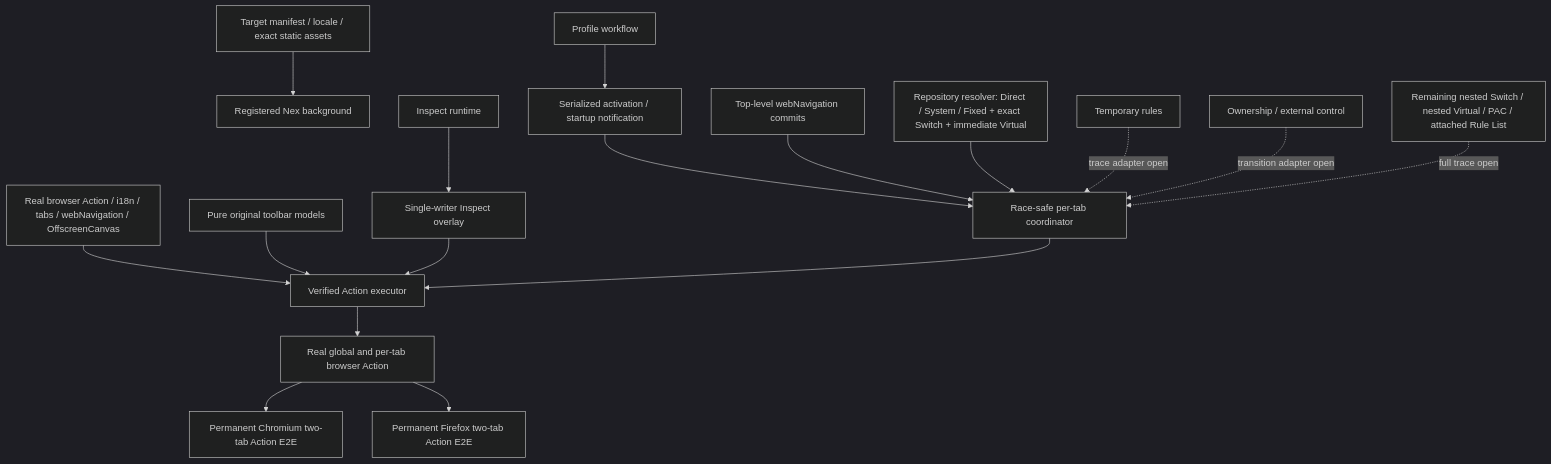
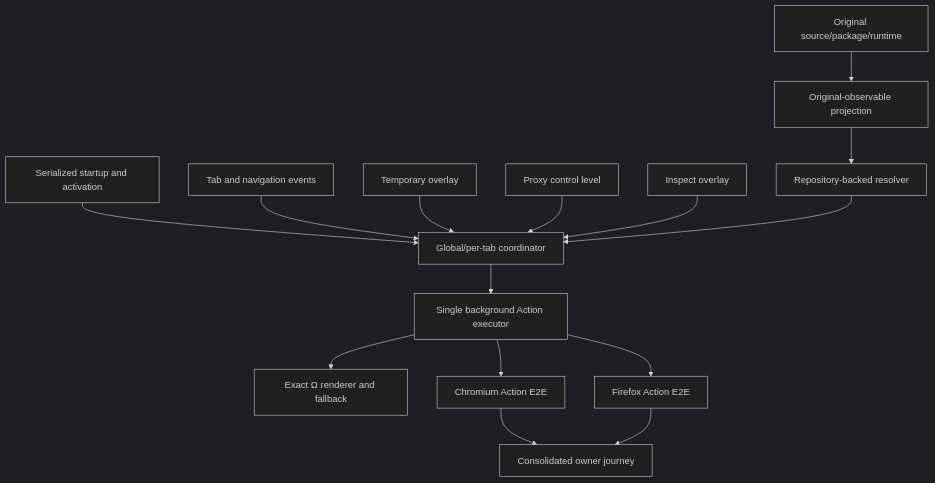
The diagram in docs/DELIVERY_ORDER_01_TOOLBAR_STATE.md (ChriX-Goh/ZeroOmega-Nex), drawn with Mermaid (dark theme) before and after one commit. The commit also changed other lines of this file, not shown here.

Commit message:
docs: synchronize and seal Order 1 toolbar scope

````diff
--- a/docs/DELIVERY_ORDER_01_TOOLBAR_STATE.md
+++ b/docs/DELIVERY_ORDER_01_TOOLBAR_STATE.md
@@ -149,19 +67,17 @@
 ```mermaid
 graph TD
-  M[Target manifest / locale / exact static assets] --> B[Registered Nex background]
-  API[Real browser Action / i18n / tabs / webNavigation / OffscreenCanvas] --> EXEC[Verified Action executor]
-  PURE[Pure original toolbar models] --> EXEC
-  WF[Profile workflow] --> NOTICE[Serialized activation / startup notification]
-  NOTICE --> COORD[Race-safe per-tab coordinator]
-  NAV[Top-level webNavigation commits] --> COORD
-  RES[Repository resolver: Direct / System / Fixed + exact Switch + immediate Virtual] --> COORD
-  INSPECT[Inspect runtime] --> OVERLAY[Single-writer Inspect overlay]
-  OVERLAY --> EXEC
-  COORD --> EXEC
-  EXEC --> ACTION[Real global and per-tab browser Action]
-  ACTION --> CHROME[Permanent Chromium two-tab Action E2E]
-  ACTION --> FIREFOX[Permanent Firefox two-tab Action E2E]
-  TEMP[Temporary rules] -. trace adapter open .-> COORD
-  OWN[Ownership / external control] -. transition adapter open .-> COORD
-  INCLUSIVE[Remaining nested Switch / nested Virtual / PAC / attached Rule List] -. full trace open .-> COORD
+  SRC[Original source/package/runtime] --> TRACE[Original-observable projection]
+  TRACE --> RES[Repository-backed resolver]
+  WF[Serialized startup and activation] --> COORD[Global/per-tab coordinator]
+  NAV[Tab and navigation events] --> COORD
+  TEMP[Temporary overlay] --> COORD
+  OWN[Proxy control level] --> COORD
+  INSPECT[Inspect overlay] --> COORD
+  RES --> COORD
+  COORD --> EXEC[Single background Action executor]
+  EXEC --> RENDER[Exact Ω renderer and fallback]
+  EXEC --> CHROME[Chromium Action E2E]
+  EXEC --> FIREFOX[Firefox Action E2E]
+  CHROME --> OWNER[Consolidated owner journey]
+  FIREFOX --> OWNER
 ```
````
